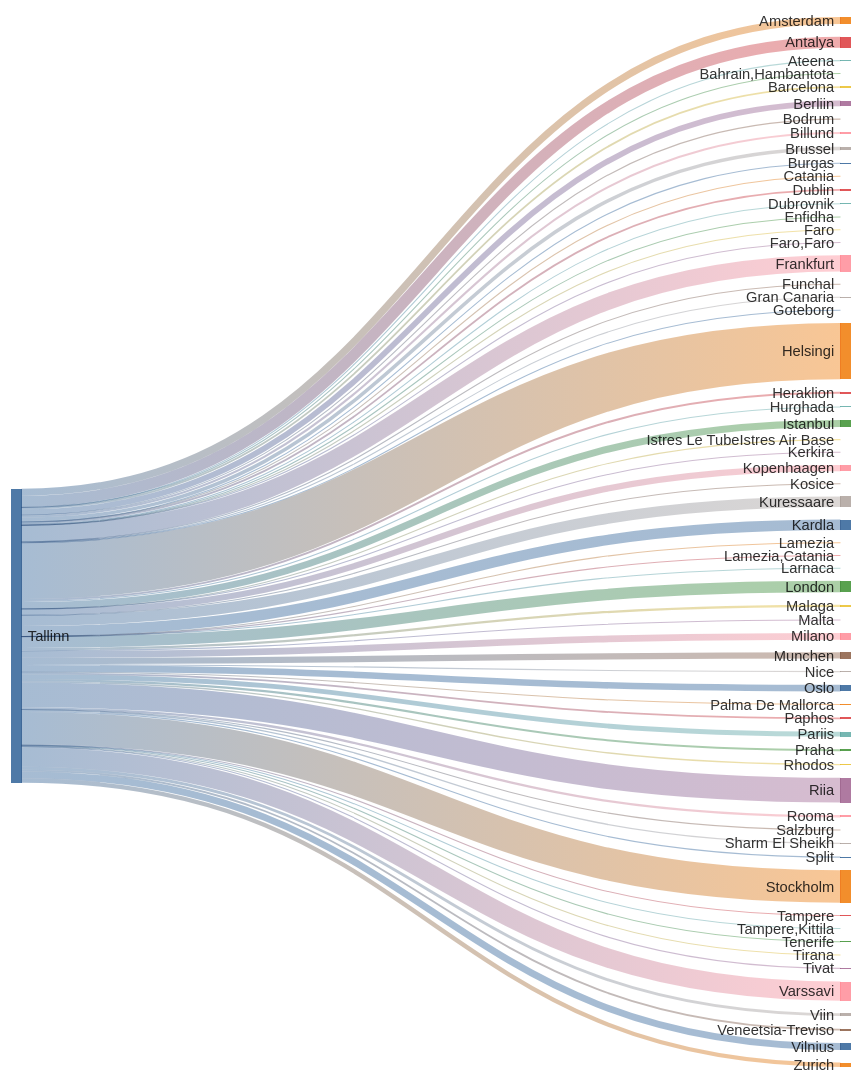
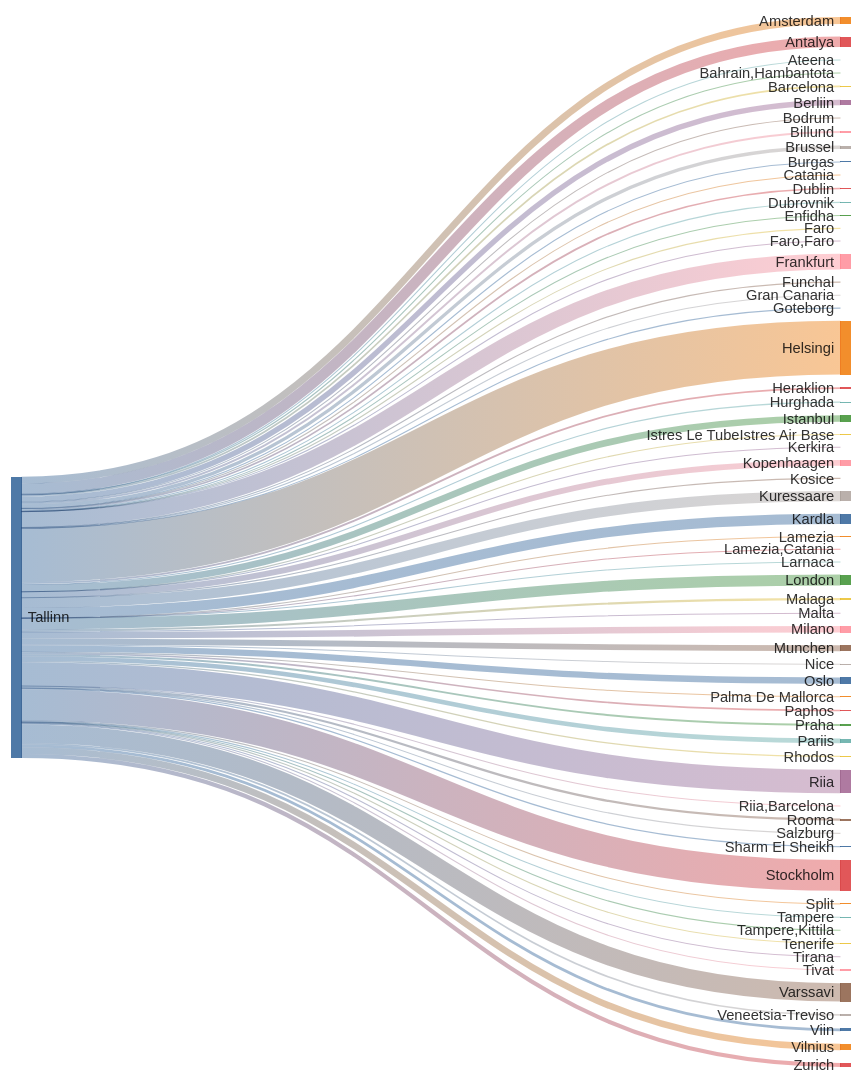
One commit to rainermesi/tll-airport-departures changed the second of 2 diagrams in README.md. Above: the diagram before and after it, drawn with Mermaid. The commit also changed other lines of this file, not shown here.

````diff
--- a/README.md
+++ b/README.md
@@ -34,74 +34,75 @@
 ```mermaid
 ---
 config:
   sankey:
     showValues: false
     width: 800
     height: 1000
 ---
 sankey-beta
 %% source,target,value
-Tallinn,Amsterdam,168
-Tallinn,Antalya,257
+Tallinn,Amsterdam,169
+Tallinn,Antalya,258
 Tallinn,Ateena,16
 Tallinn,"Bahrain,Hambantota",1
 Tallinn,Barcelona,42
 Tallinn,Berliin,133
 Tallinn,Billund,49
 Tallinn,Bodrum,11
 Tallinn,Brussel,83
 Tallinn,Burgas,21
 Tallinn,Catania,2
 Tallinn,Dublin,42
 Tallinn,Dubrovnik,21
 Tallinn,Enfidha,7
 Tallinn,Faro,4
 Tallinn,"Faro,Faro",1
-Tallinn,Frankfurt,384
+Tallinn,Frankfurt,386
 Tallinn,Funchal,5
 Tallinn,Gran Canaria,17
 Tallinn,Goteborg,1
-Tallinn,Helsingi,1318
+Tallinn,Helsingi,1322
 Tallinn,Heraklion,46
 Tallinn,Hurghada,24
-Tallinn,Istanbul,162
+Tallinn,Istanbul,163
 Tallinn,Istres Le TubeIstres Air Base,2
 Tallinn,Kerkira,4
 Tallinn,Kopenhaagen,144
 Tallinn,Kosice,1
-Tallinn,Kuressaare,247
-Tallinn,Kardla,247
+Tallinn,Kuressaare,249
+Tallinn,Kardla,249
 Tallinn,Lamezia,1
 Tallinn,"Lamezia,Catania",3
 Tallinn,Larnaca,4
-Tallinn,London,265
+Tallinn,London,267
 Tallinn,Malaga,53
 Tallinn,Malta,15
-Tallinn,Milano,160
-Tallinn,Munchen,145
+Tallinn,Milano,161
+Tallinn,Munchen,146
 Tallinn,Nice,25
 Tallinn,Oslo,155
 Tallinn,Palma De Mallorca,19
 Tallinn,Paphos,41
 Tallinn,Pariis,113
 Tallinn,Praha,49
 Tallinn,Rhodos,32
-Tallinn,Riia,577
+Tallinn,Riia,581
+Tallinn,"Riia,Barcelona",1
 Tallinn,Rooma,54
 Tallinn,Salzburg,1
-Tallinn,Sharm El Sheikh,31
+Tallinn,Sharm El Sheikh,32
 Tallinn,Split,25
-Tallinn,Stockholm,758
+Tallinn,Stockholm,759
 Tallinn,Tampere,17
 Tallinn,"Tampere,Kittila",1
 Tallinn,Tenerife,25
 Tallinn,Tirana,8
 Tallinn,Tivat,26
-Tallinn,Varssavi,448
+Tallinn,Varssavi,451
 Tallinn,Veneetsia-Treviso,42
 Tallinn,Viin,67
 Tallinn,Vilnius,161
-Tallinn,Zurich,101
+Tallinn,Zurich,102
 
 
 ```
````
